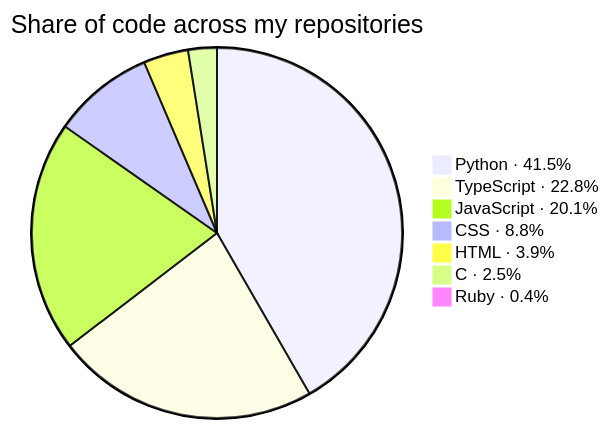
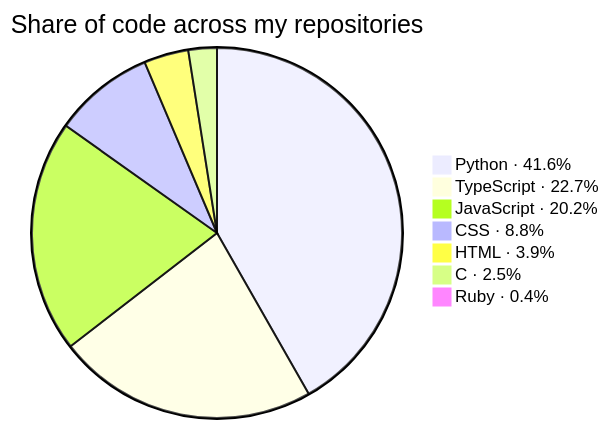
Before and after one commit to KathFK1234/KathFK1234: the second of 3 diagrams in README.md, drawn with Mermaid. The commit also changed other lines of this file and 4 other files, not shown here.

````diff
--- a/README.md
+++ b/README.md
@@ -109,11 +109,11 @@
 ```mermaid
 %%{init: {"themeVariables": {"pieSectionTextSize": "0px"}}}%%
 pie title Share of code across my repositories
-    "Python · 41.5%" : 1043.8
-    "TypeScript · 22.8%" : 573.6
-    "JavaScript · 20.1%" : 504.2
-    "CSS · 8.8%" : 221.5
+    "Python · 41.6%" : 1052.4
+    "TypeScript · 22.7%" : 573.9
+    "JavaScript · 20.2%" : 511.8
+    "CSS · 8.8%" : 221.6
     "HTML · 3.9%" : 98.1
     "C · 2.5%" : 62.7
     "Ruby · 0.4%" : 10.1
 ```
````
